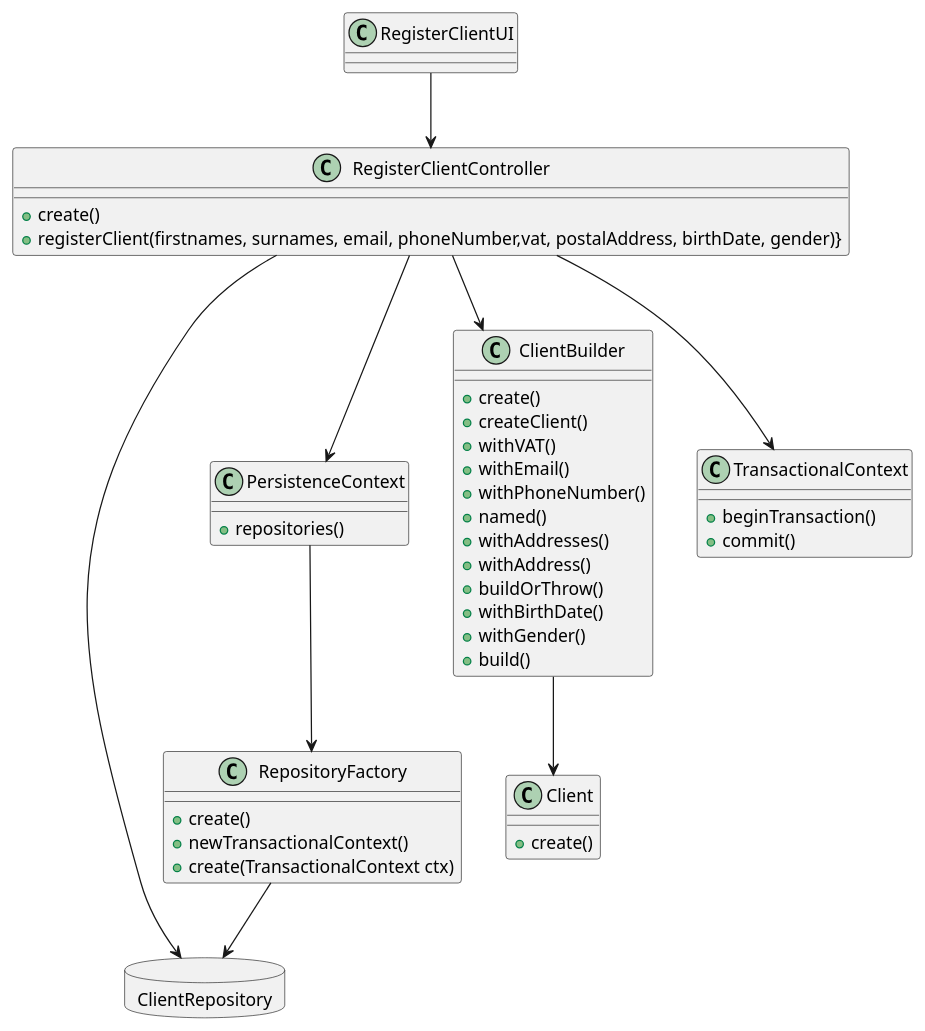
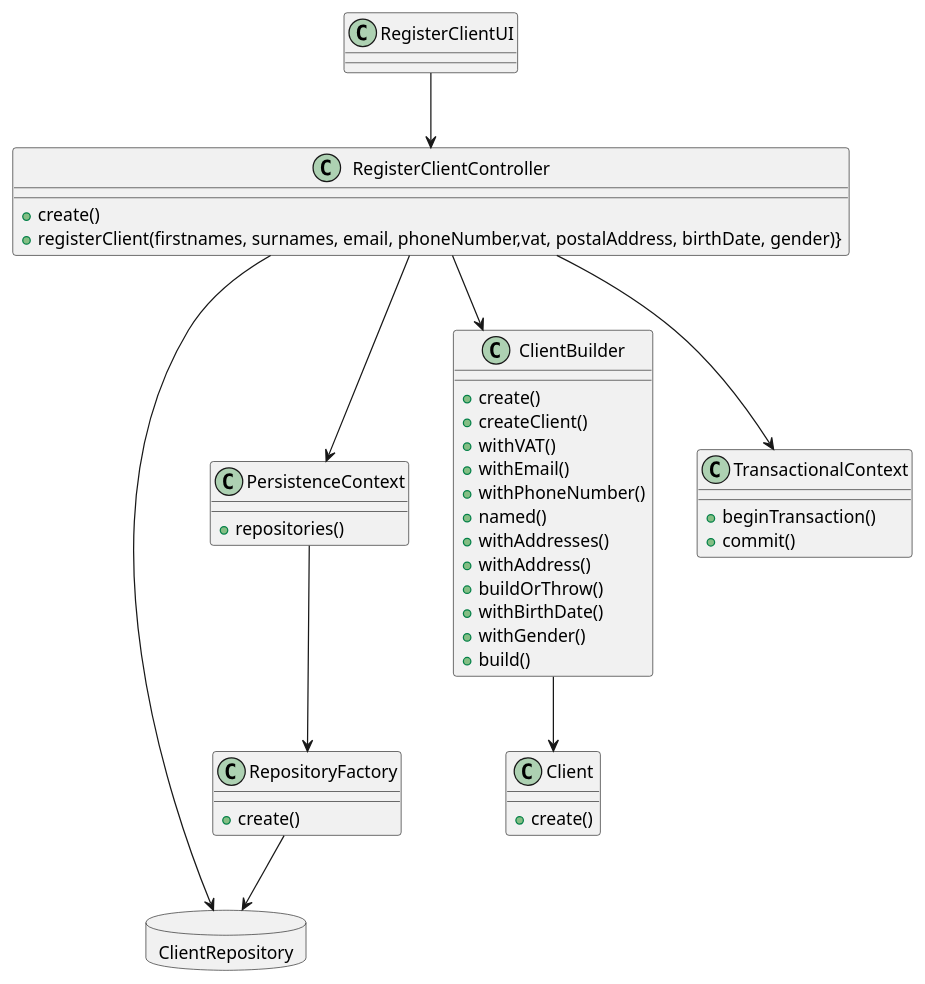
The diagram in docs/1201518/US1003/CD_Client.puml (ana-albergaria/LAPR4-ISEP), drawn with PlantUML before and after one commit. The commit also changed 4 other files, not shown here.

Commit message:
issue #5 - adding Diagrams

```diff
--- a/docs/1201518/US1003/CD_Client.puml
+++ b/docs/1201518/US1003/CD_Client.puml
@@ -1,62 +1,60 @@
 @startuml
 class RegisterClientUI{
 }
 
 class RegisterClientController{
 +create()
 +registerClient(firstnames, surnames, email, phoneNumber,vat, postalAddress, birthDate, gender)}
 }
 
 
 class PersistenceContext{
 +repositories()
 }
 
 class RepositoryFactory{
 +create()
-+newTransactionalContext()
-+create(TransactionalContext ctx)
 }
 
 database ClientRepository{
 }
 
 class Client{
 +create()
 }
 
 class ClientBuilder{
 +create()
 +createClient()
 +withVAT()
 +withEmail()
 +withPhoneNumber()
 +named()
 +withAddresses()
 +withAddress()
 +buildOrThrow()
 +withBirthDate()
 +withGender()
 +build()
 }
 
 class TransactionalContext{
 +beginTransaction()
 +commit()
 }
 
 
 RegisterClientUI --> RegisterClientController
 
 RegisterClientController-->ClientBuilder
 RegisterClientController -->PersistenceContext
 RegisterClientController -->TransactionalContext
 RegisterClientController-->ClientRepository
 
 ClientBuilder --> Client
 
 PersistenceContext -->RepositoryFactory
 
 RepositoryFactory -->ClientRepository
 
 @enduml
```
